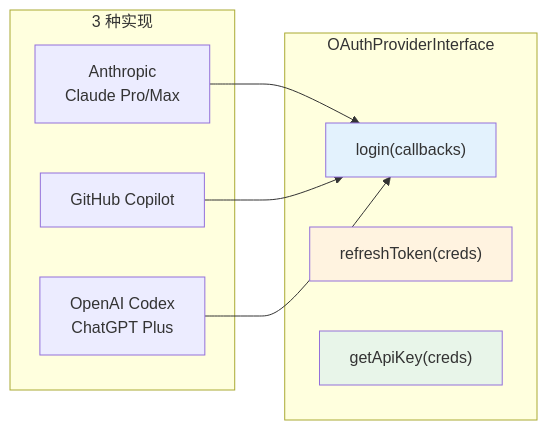
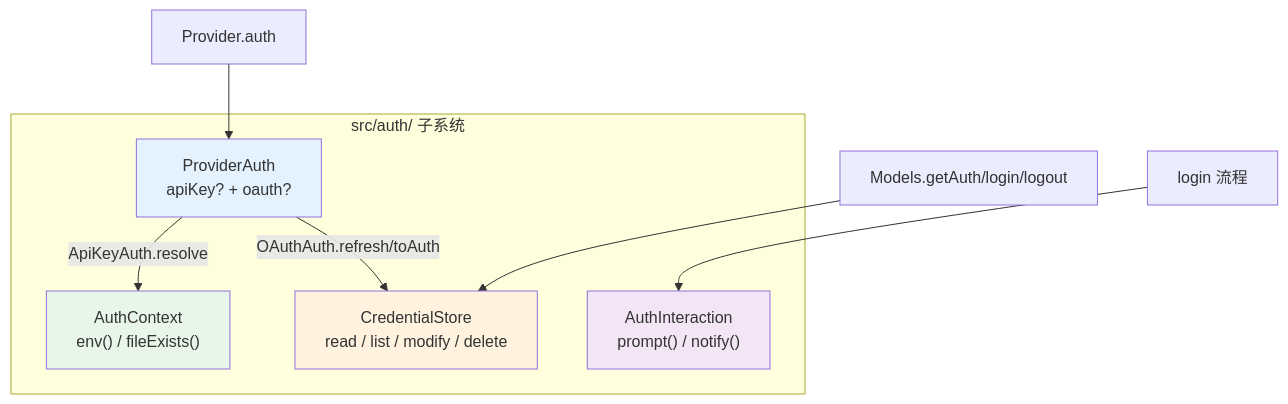
Before and after one commit to disanrencheng/pi-book: the first of 2 diagrams in src/ch07-oauth.md, drawn with Mermaid. The commit also changed other lines of this file and 69 other files, not shown here.

````diff
--- a/src/ch07-oauth.md
+++ b/src/ch07-oauth.md
@@ -25,22 +25,20 @@
 ```mermaid
-graph LR
-    subgraph "OAuthProviderInterface"
-        Login["login(callbacks)"]
-        Refresh["refreshToken(creds)"]
-        GetKey["getApiKey(creds)"]
+graph TB
+    subgraph "src/auth/ 子系统"
+      PA["ProviderAuth\napiKey? + oauth?"]
+      CS["CredentialStore\nread / list / modify / delete"]
+      AC["AuthContext\nenv() / fileExists()"]
+      AI["AuthInteraction\nprompt() / notify()"]
     end
 
-    subgraph "3 种实现"
-        A["Anthropic\nClaude Pro/Max"]
-        B["GitHub Copilot"]
-        E["OpenAI Codex\nChatGPT Plus"]
-    end
+    Prov["Provider.auth"] --> PA
+    PA --> |ApiKeyAuth.resolve| AC
+    PA --> |OAuthAuth.refresh/toAuth| CS
+    Models["Models.getAuth/login/logout"] --> CS
+    Login["login 流程"] --> AI
 
-    A --> Login
-    B --> Login
-    E --> Login
-
-    style Login fill:#e3f2fd
-    style Refresh fill:#fff3e0
-    style GetKey fill:#e8f5e9
+    style PA fill:#e3f2fd
+    style CS fill:#fff3e0
+    style AC fill:#e8f5e9
+    style AI fill:#f3e5f5
 ```
````
